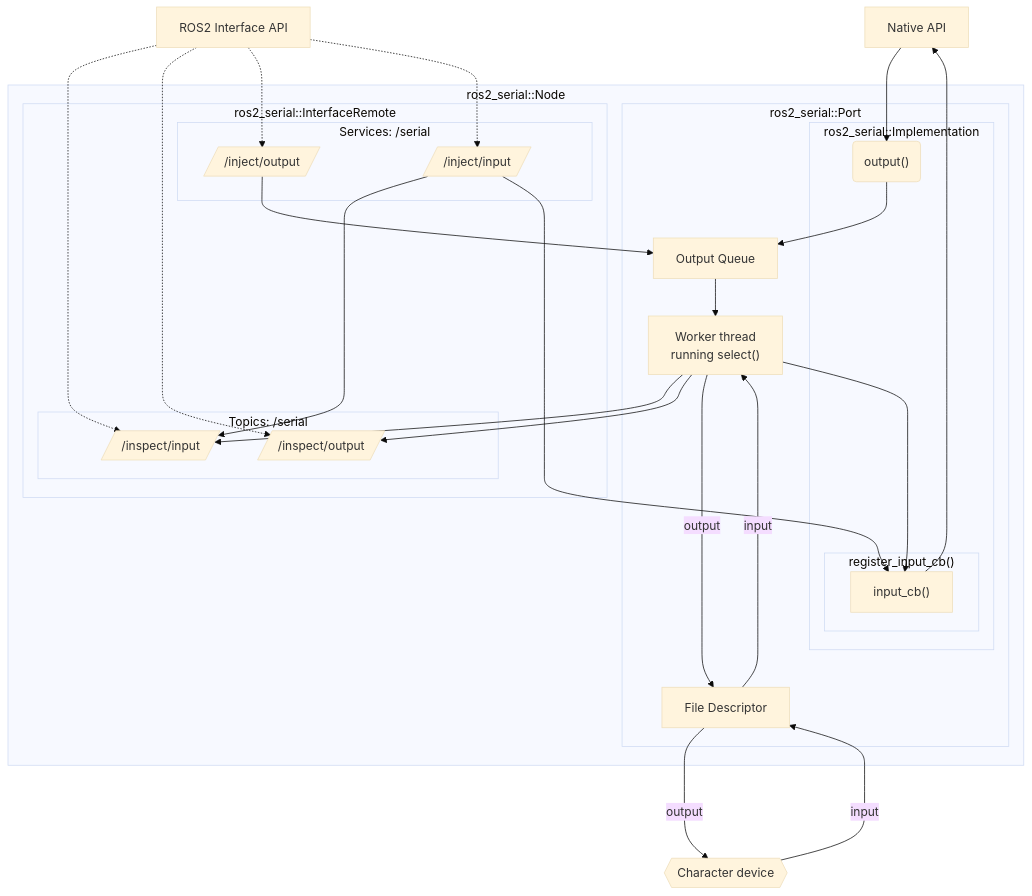
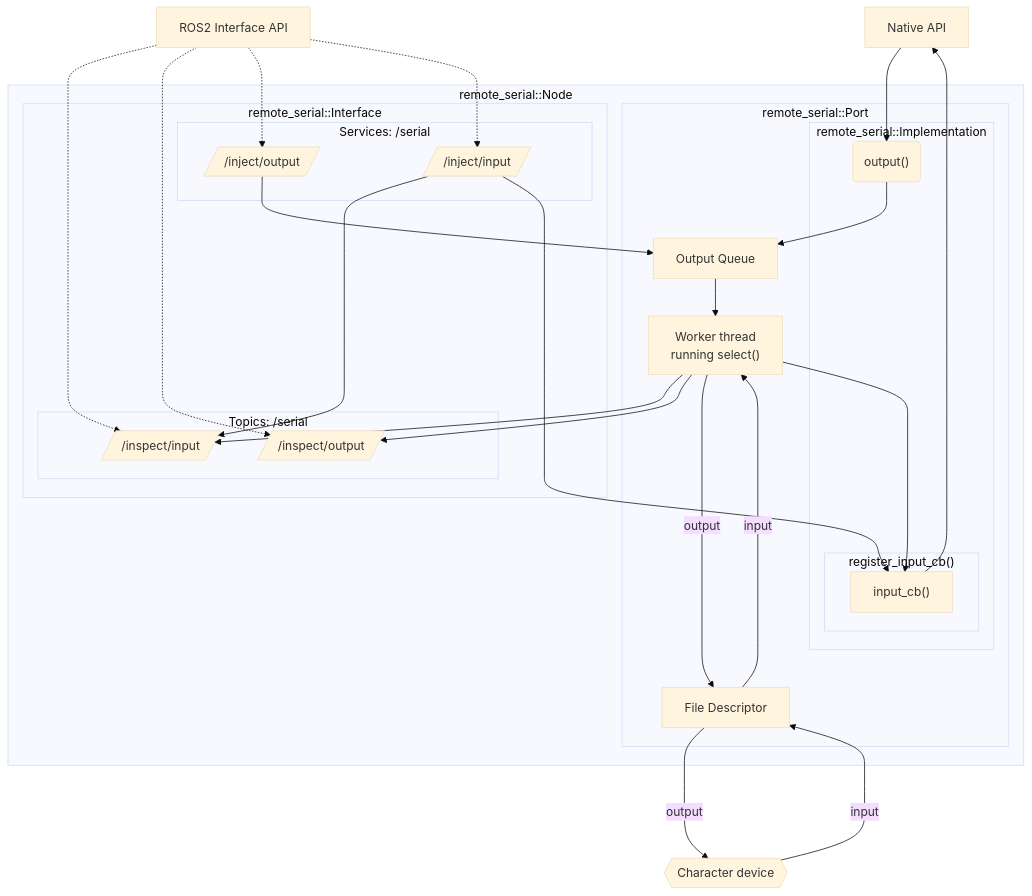
One commit to openvmp/serial changed the third of 3 diagrams in README.md. Above: the diagram before and after it, drawn with Mermaid (base theme). The commit also changed other lines of this file and 21 other files, not shown here.

````diff
--- a/README.md
+++ b/README.md
@@ -78,58 +123,58 @@
 ```mermaid
 flowchart TB
     owner["Native API"]
     external["ROS2 Interface API"]
 
-    subgraph node["ros2_serial::Node"]
+    subgraph node["remote_serial::Node"]
 
-      subgraph interface_ros2["ros2_serial::InterfaceRemote"]
+      subgraph interface_ros2["remote_serial::Interface"]
         subgraph topics["Topics: /serial"]
           published_input[//inspect/input/]
           published_output[//inspect/output/]
         end
 
         subgraph services["Services: /serial"]
           service_send[//inject/output/]
           service_recv[//inject/input/]
         end
       end
 
-      subgraph worker["ros2_serial::Port"]
+      subgraph worker["remote_serial::Port"]
         output_queue["Output Queue"]
         thread["Worker thread\nrunning select()"]
 
-        subgraph interface_native["ros2_serial::Implementation"]
+        subgraph interface_native["remote_serial::Implementation"]
           subgraph register_input_cb["register_input_cb()"]
             input_cb["input_cb()"]
           end
           output("output()")
         end
 
         fd["File Descriptor"]
       end
 
     end
     file{{"Character device"}}
 
     %% owner -- "Constructor\nwith parameters" ----> node
     owner --> output --> output_queue
     %% owner --> register_input_cb
 
     external .-> published_input
     external .-> published_output
     external .-> service_send
     external .-> service_recv
 
     service_recv --> published_input
     service_recv --> input_cb
 
     service_send --> output_queue
     output_queue --> thread
     thread --> published_input
     thread --> published_output
     thread ---> input_cb --> owner
 
     file -- "input" ---> fd -- "input" ----> thread
     thread -- "output" --> fd -- "output" --> file
 
 ```
````
